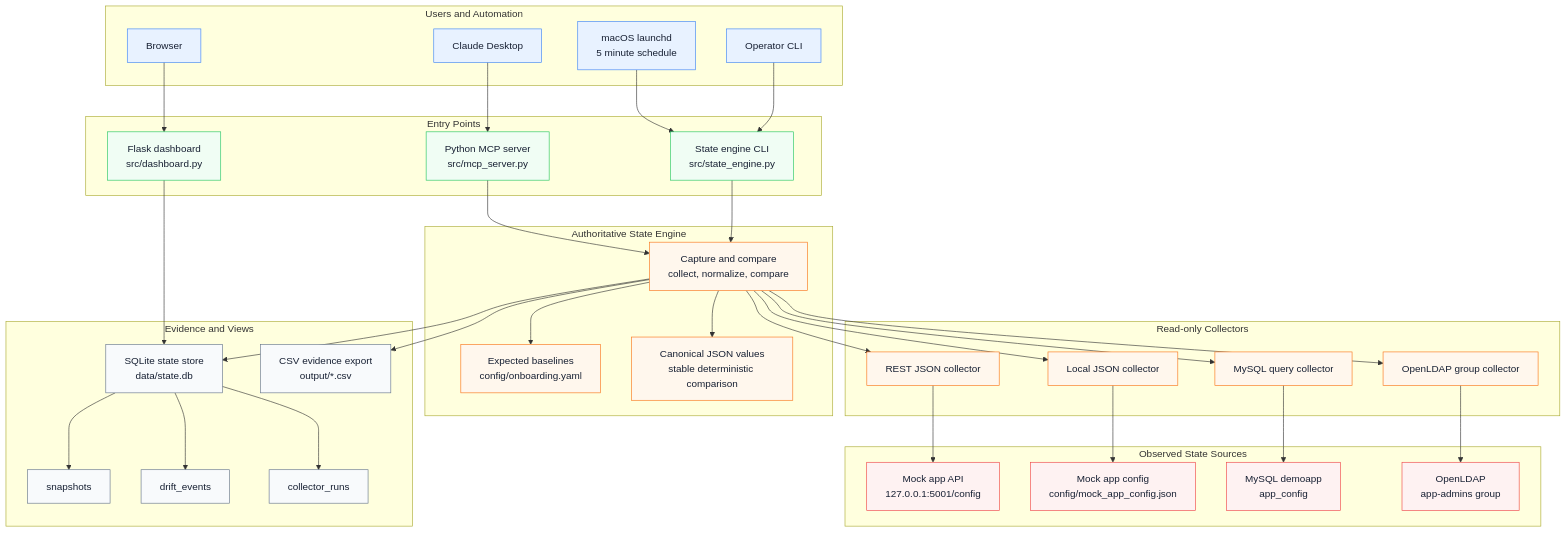
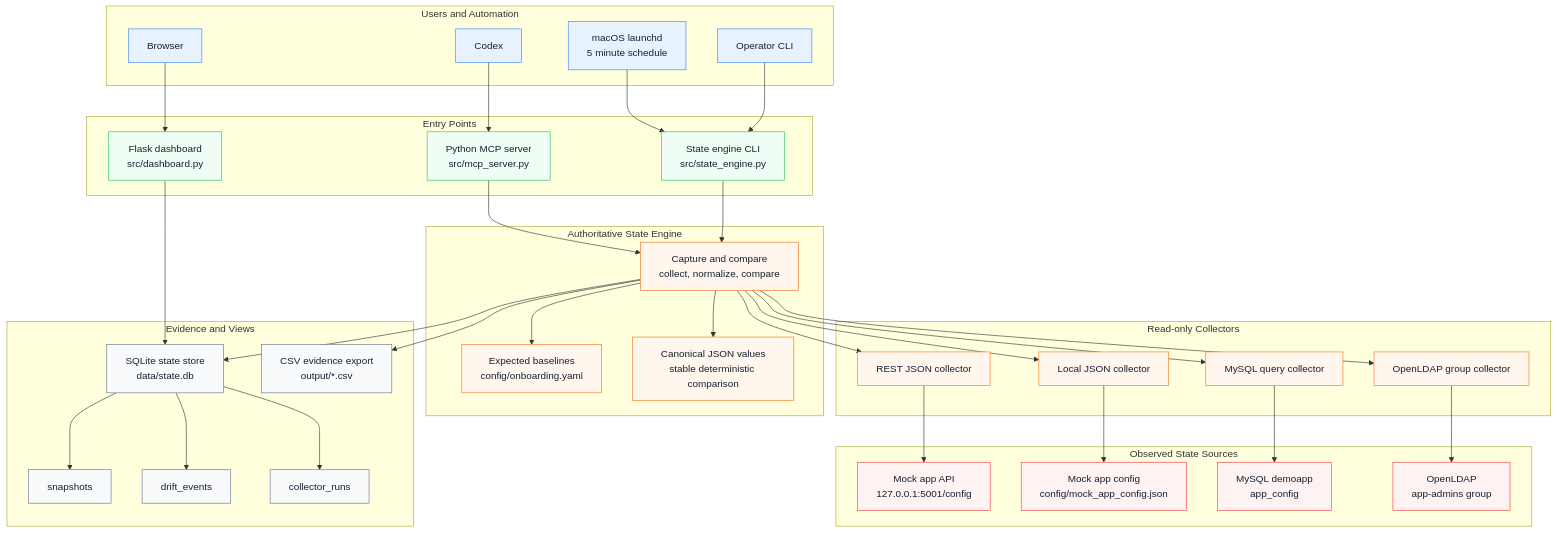
Before and after one commit to hsaltamash/continuous-state-poc: the diagram in docs/architecture.md, drawn with Mermaid. The commit also changed other lines of this file and 14 other files, not shown here.

````diff
--- a/docs/architecture.md
+++ b/docs/architecture.md
@@ -3,82 +3,82 @@
 ```mermaid
 flowchart TB
   subgraph Users["Users and Automation"]
-    Claude["Claude Desktop"]
+    Codex["Codex"]
     Launchd["macOS launchd<br/>5 minute schedule"]
     Operator["Operator CLI"]
     Browser["Browser"]
   end
 
   subgraph EntryPoints["Entry Points"]
     MCP["Python MCP server<br/>src/mcp_server.py"]
     CLI["State engine CLI<br/>src/state_engine.py"]
     Dashboard["Flask dashboard<br/>src/dashboard.py"]
   end
 
   subgraph Core["Authoritative State Engine"]
     Engine["Capture and compare<br/>collect, normalize, compare"]
     Baseline["Expected baselines<br/>config/onboarding.yaml"]
     Canonical["Canonical JSON values<br/>stable deterministic comparison"]
   end
 
   subgraph Collectors["Read-only Collectors"]
     RestCollector["REST JSON collector"]
     FileCollector["Local JSON collector"]
     MySQLCollector["MySQL query collector"]
     LDAPCollector["OpenLDAP group collector"]
   end
 
   subgraph Sources["Observed State Sources"]
     MockAPI["Mock app API<br/>127.0.0.1:5001/config"]
     ConfigFile["Mock app config<br/>config/mock_app_config.json"]
     MySQL["MySQL demoapp<br/>app_config"]
     LDAP["OpenLDAP<br/>app-admins group"]
   end
 
   subgraph Evidence["Evidence and Views"]
     SQLite["SQLite state store<br/>data/state.db"]
     Snapshots["snapshots"]
     Events["drift_events"]
     Runs["collector_runs"]
     CSV["CSV evidence export<br/>output/*.csv"]
   end
 
-  Claude --> MCP
+  Codex --> MCP
   Launchd --> CLI
   Operator --> CLI
   Browser --> Dashboard
 
   MCP --> Engine
   CLI --> Engine
   Dashboard --> SQLite
 
   Engine --> Baseline
   Engine --> Canonical
   Engine --> RestCollector
   Engine --> FileCollector
   Engine --> MySQLCollector
   Engine --> LDAPCollector
 
   RestCollector --> MockAPI
   FileCollector --> ConfigFile
   MySQLCollector --> MySQL
   LDAPCollector --> LDAP
 
   Engine --> SQLite
   SQLite --> Snapshots
   SQLite --> Events
   SQLite --> Runs
   Engine --> CSV
 
   classDef user fill:#e8f2ff,stroke:#3b82f6,color:#172033;
   classDef entry fill:#f0fdf4,stroke:#22c55e,color:#172033;
   classDef core fill:#fff7ed,stroke:#f97316,color:#172033;
   classDef source fill:#fef2f2,stroke:#ef4444,color:#172033;
   classDef evidence fill:#f8fafc,stroke:#64748b,color:#172033;
 
-  class Claude,Launchd,Operator,Browser user;
+  class Codex,Launchd,Operator,Browser user;
   class MCP,CLI,Dashboard entry;
   class Engine,Baseline,Canonical,RestCollector,FileCollector,MySQLCollector,LDAPCollector core;
   class MockAPI,ConfigFile,MySQL,LDAP source;
   class SQLite,Snapshots,Events,Runs,CSV evidence;
 ```
````
